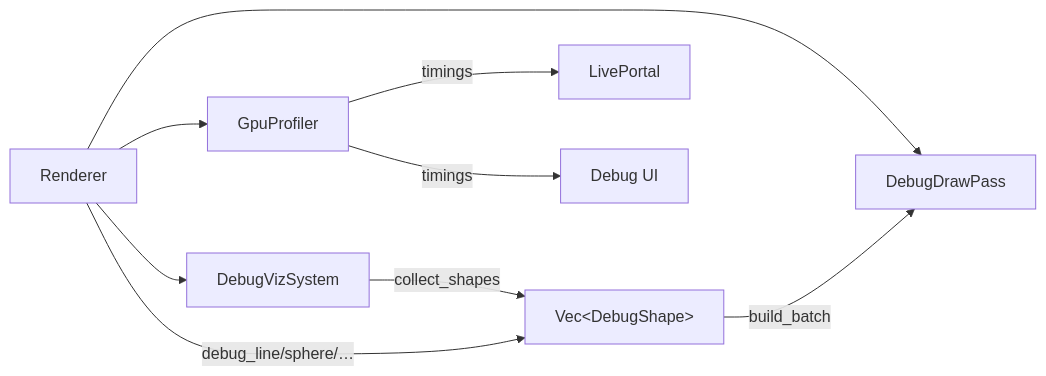
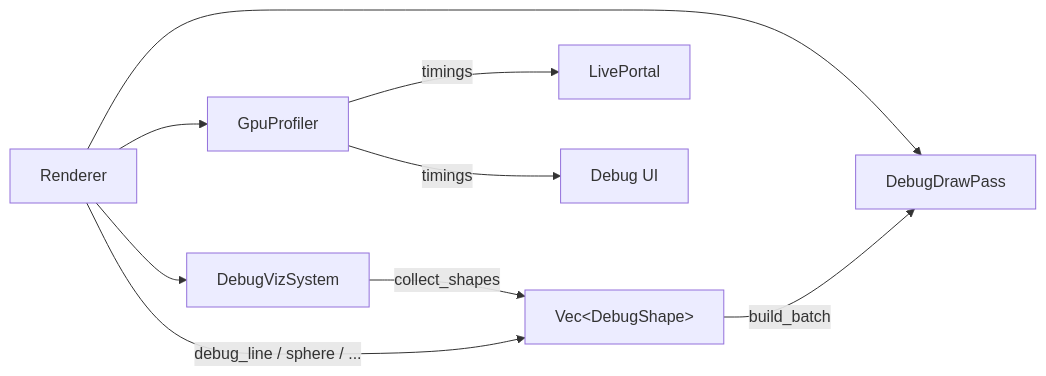
Before and after one commit to Far-Beyond-Pulsar/docs: the fourth of 4 diagrams in public/docs/core-concepts/Helio/debug-profiling.md, drawn with Mermaid. The commit also changed 11 other files, not shown here.

````diff
--- a/public/docs/core-concepts/Helio/debug-profiling.md
+++ b/public/docs/core-concepts/Helio/debug-profiling.md
@@ -729,11 +729,11 @@
 ```mermaid
 graph LR
     R[Renderer] --> DV[DebugVizSystem]
     R --> DP[DebugDrawPass]
     R --> GP[GpuProfiler]
-    DV --> |collect_shapes| DS[Vec&lt;DebugShape&gt;]
-    R --> |debug_line/sphere/…| DS
+    DV --> |collect_shapes| DS["Vec&lt;DebugShape&gt;"]
+    R --> |debug_line / sphere / ...| DS
     DS --> |build_batch| DP
     GP --> |timings| LP[LivePortal]
     GP --> |timings| UI[Debug UI]
 ```
````
